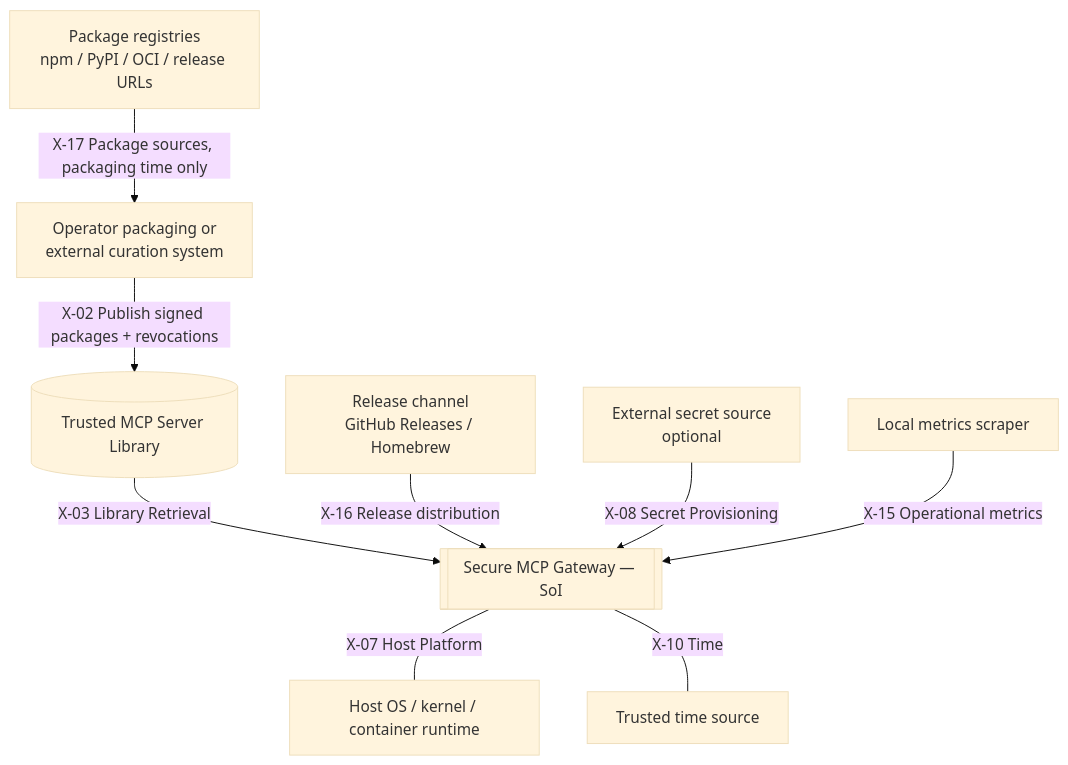
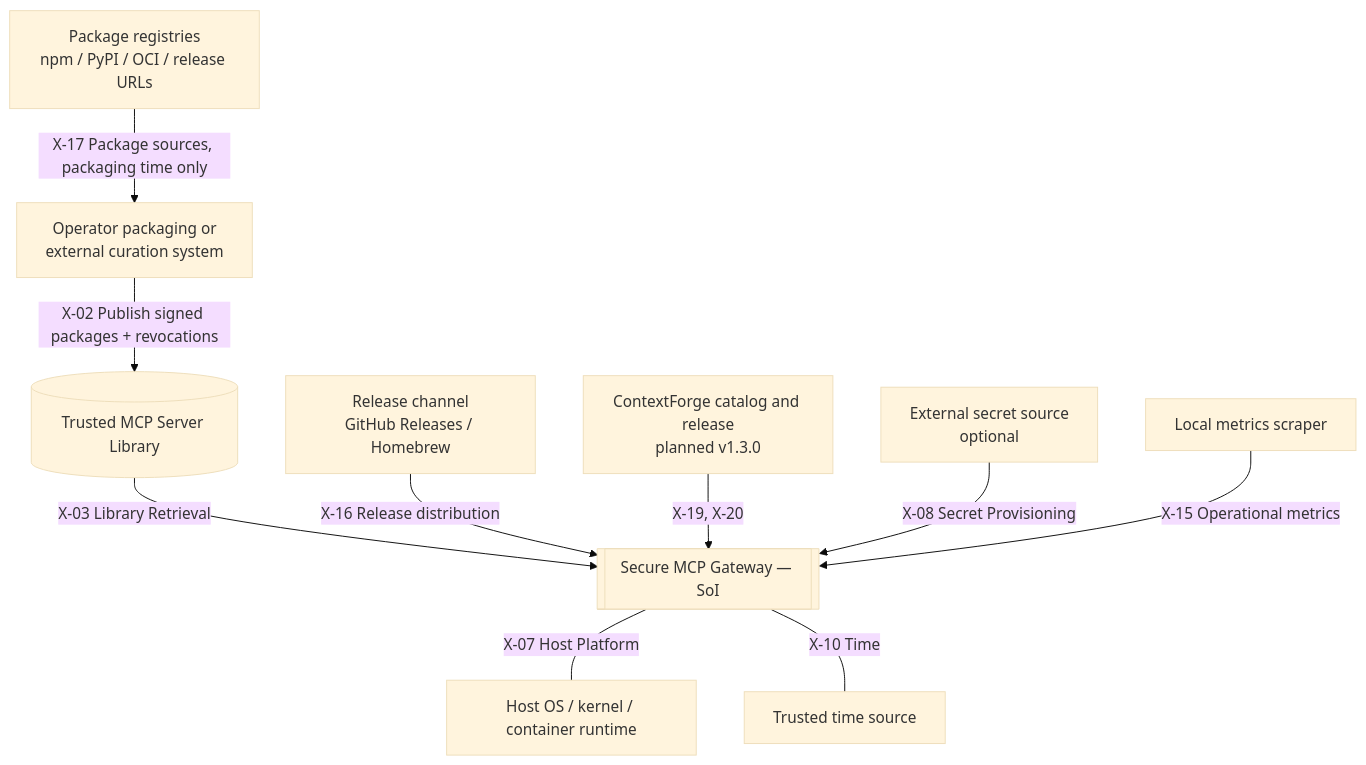
One commit to ethan03805/Secure-MCP-Gateway changed the second of 20 diagrams in ArchitectureV2.md. Above: the diagram before and after it, drawn with Mermaid (base theme). The commit also changed other lines of this file and 10 other files, not shown here.

First line of the commit message:
ContextForge integration requirements (FR-22, planned v1.3.0) (#138)

````diff
--- a/ArchitectureV2.md
+++ b/ArchitectureV2.md
@@ -92,12 +92,13 @@
 ```mermaid
 flowchart TB
   REG[Package registries<br/>npm / PyPI / OCI / release URLs] -->|X-17 Package sources, packaging time only| CUR[Operator packaging or<br/>external curation system]
   CUR -->|X-02 Publish signed packages + revocations| LIB[(Trusted MCP Server Library)]
   LIB -->|X-03 Library Retrieval| GW
   REL[Release channel<br/>GitHub Releases / Homebrew] -->|X-16 Release distribution| GW
+  CF[ContextForge catalog and release<br/>planned v1.3.0] -->|X-19, X-20| GW
   SSRC[External secret source<br/>optional] -->|X-08 Secret Provisioning| GW
   MET[Local metrics scraper] -->|X-15 Operational metrics| GW
   GW[[Secure MCP Gateway — SoI]]
   GW ---|X-07 Host Platform| HOST[Host OS / kernel / container runtime]
   GW ---|X-10 Time| TIME[Trusted time source]
 ```
````
